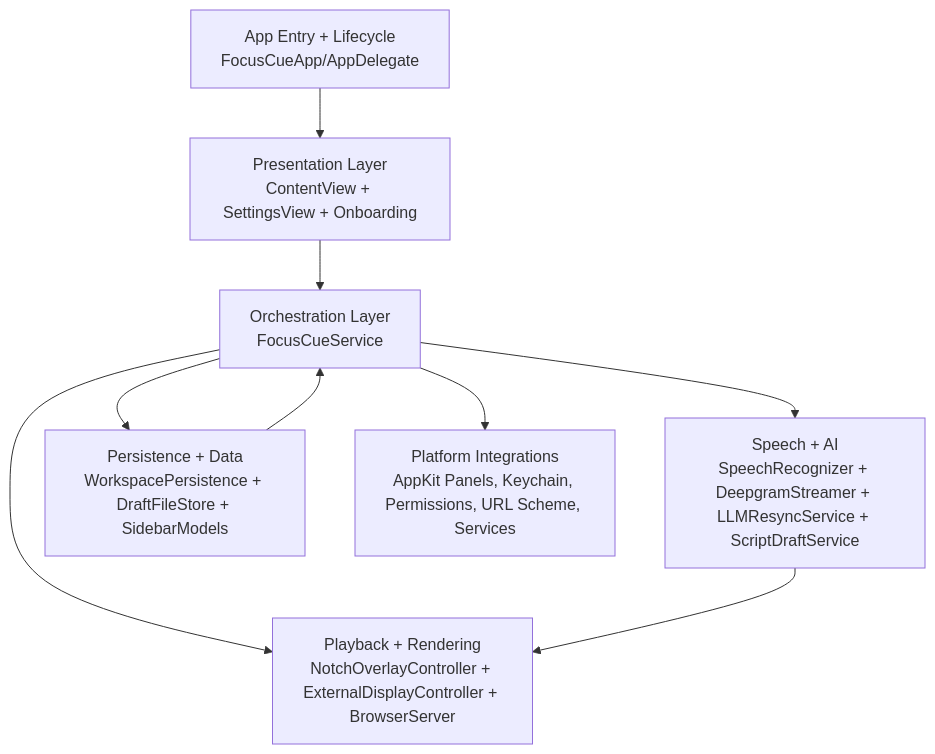
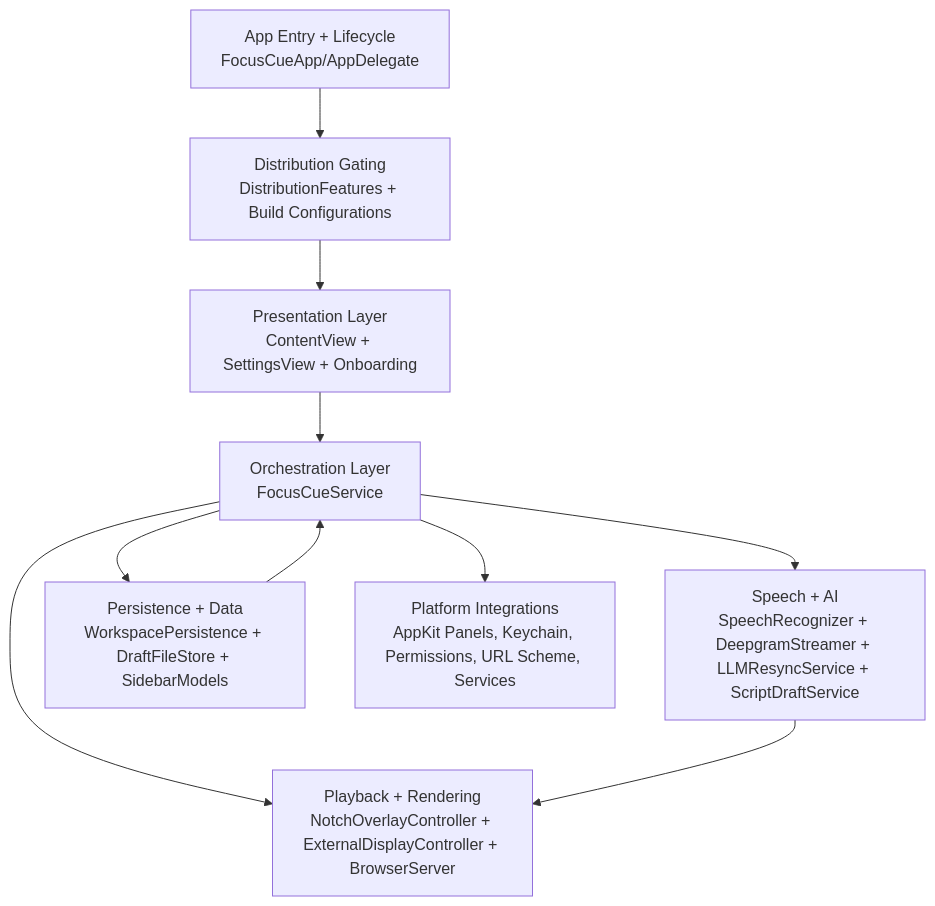
The first of 3 diagrams in docs/architecture.md (Saransh-Sharma/FocusCue), drawn with Mermaid before and after one commit. The commit also changed other lines of this file and 7 other files, not shown here.

````diff
--- a/docs/architecture.md
+++ b/docs/architecture.md
@@ -15,19 +15,21 @@
 ```mermaid
 graph TD
     A["App Entry + Lifecycle\nFocusCueApp/AppDelegate"]
     B["Presentation Layer\nContentView + SettingsView + Onboarding"]
     C["Orchestration Layer\nFocusCueService"]
     D["Playback + Rendering\nNotchOverlayController + ExternalDisplayController + BrowserServer"]
     E["Speech + AI\nSpeechRecognizer + DeepgramStreamer + LLMResyncService + ScriptDraftService"]
     F["Persistence + Data\nWorkspacePersistence + DraftFileStore + SidebarModels"]
     G["Platform Integrations\nAppKit Panels, Keychain, Permissions, URL Scheme, Services"]
+    H["Distribution Gating\nDistributionFeatures + Build Configurations"]
 
-    A --> B
+    A --> H
+    H --> B
     B --> C
     C --> D
     C --> E
     C --> F
     C --> G
     E --> D
     F --> C
 ```
````
